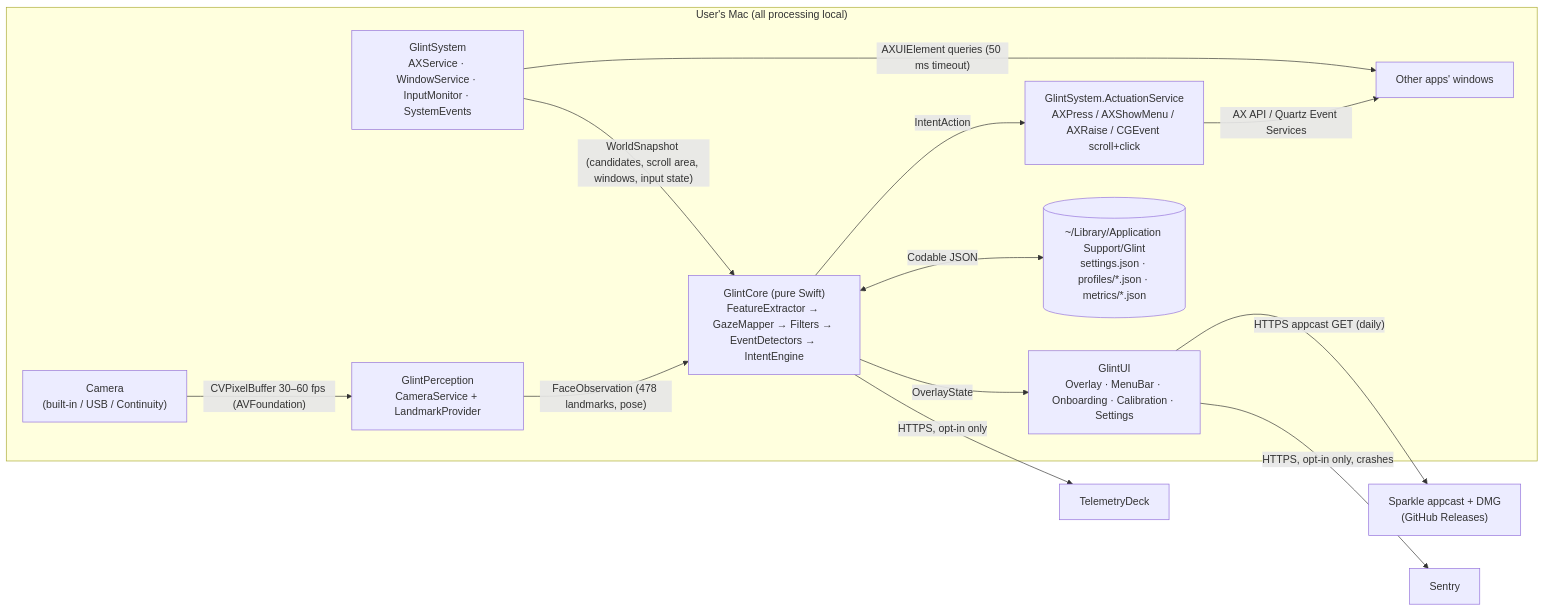
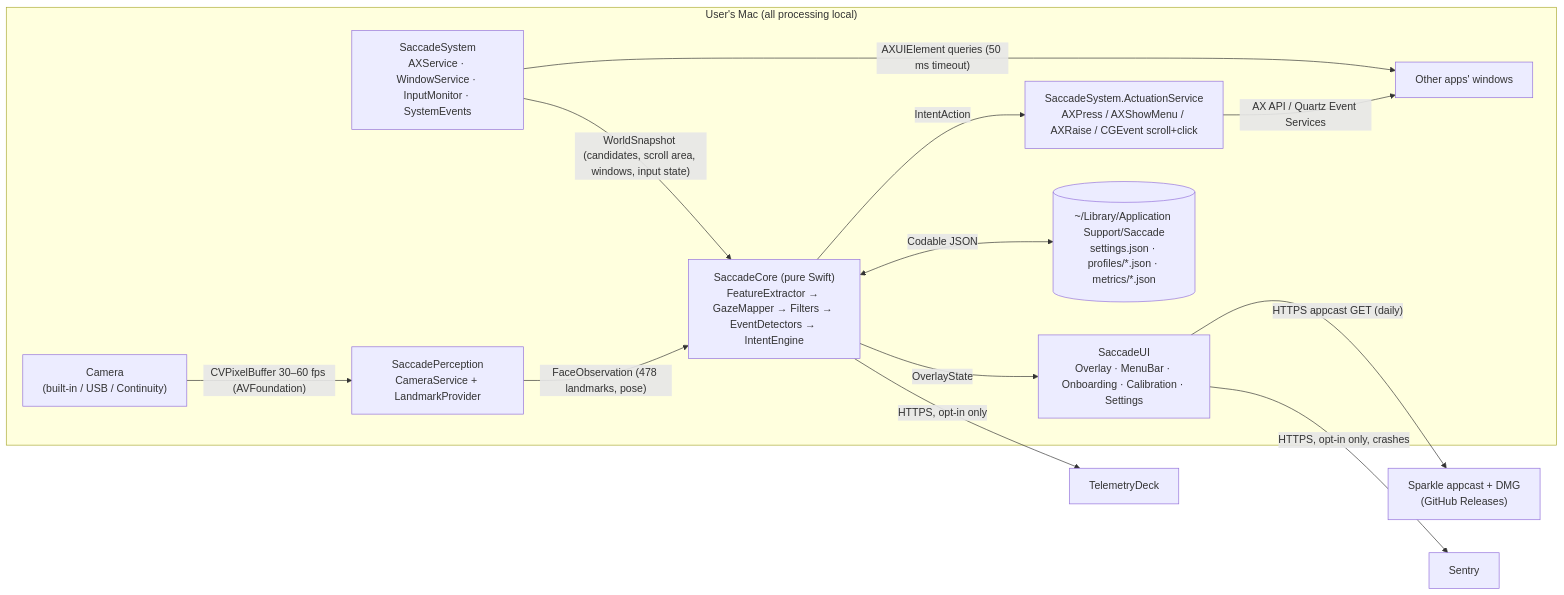
The first of 7 diagrams in ARCHITECTURE.md (rayhankhilji/glint), drawn with Mermaid before and after one commit. The commit also changed other lines of this file and 185 other files, not shown here.

First line of the commit message:
chore: rebrand Glint to Saccade

````diff
--- a/ARCHITECTURE.md
+++ b/ARCHITECTURE.md
@@ -9,17 +9,17 @@
 ```mermaid
 flowchart LR
   subgraph Mac["User's Mac (all processing local)"]
-    CAM["Camera<br/>(built-in / USB / Continuity)"] -->|"CVPixelBuffer 30–60 fps (AVFoundation)"| PER["GlintPerception<br/>CameraService + LandmarkProvider"]
-    PER -->|"FaceObservation (478 landmarks, pose)"| CORE["GlintCore (pure Swift)<br/>FeatureExtractor → GazeMapper → Filters → EventDetectors → IntentEngine"]
-    SYS["GlintSystem<br/>AXService · WindowService · InputMonitor · SystemEvents"] -->|"WorldSnapshot (candidates, scroll area, windows, input state)"| CORE
-    CORE -->|"IntentAction"| ACT["GlintSystem.ActuationService<br/>AXPress / AXShowMenu / AXRaise / CGEvent scroll+click"]
-    CORE -->|"OverlayState"| UI["GlintUI<br/>Overlay · MenuBar · Onboarding · Calibration · Settings"]
+    CAM["Camera<br/>(built-in / USB / Continuity)"] -->|"CVPixelBuffer 30–60 fps (AVFoundation)"| PER["SaccadePerception<br/>CameraService + LandmarkProvider"]
+    PER -->|"FaceObservation (478 landmarks, pose)"| CORE["SaccadeCore (pure Swift)<br/>FeatureExtractor → GazeMapper → Filters → EventDetectors → IntentEngine"]
+    SYS["SaccadeSystem<br/>AXService · WindowService · InputMonitor · SystemEvents"] -->|"WorldSnapshot (candidates, scroll area, windows, input state)"| CORE
+    CORE -->|"IntentAction"| ACT["SaccadeSystem.ActuationService<br/>AXPress / AXShowMenu / AXRaise / CGEvent scroll+click"]
+    CORE -->|"OverlayState"| UI["SaccadeUI<br/>Overlay · MenuBar · Onboarding · Calibration · Settings"]
     ACT -->|"AX API / Quartz Event Services"| APPS["Other apps' windows"]
     SYS -->|"AXUIElement queries (50 ms timeout)"| APPS
-    STORE[("~/Library/Application Support/Glint<br/>settings.json · profiles/*.json · metrics/*.json")]
+    STORE[("~/Library/Application Support/Saccade<br/>settings.json · profiles/*.json · metrics/*.json")]
     CORE <--> |"Codable JSON"| STORE
   end
   UI -->|"HTTPS appcast GET (daily)"| SPARKLE["Sparkle appcast + DMG<br/>(GitHub Releases)"]
   CORE -->|"HTTPS, opt-in only"| TD["TelemetryDeck"]
   UI -->|"HTTPS, opt-in only, crashes"| SENTRY["Sentry"]
 ```
````
